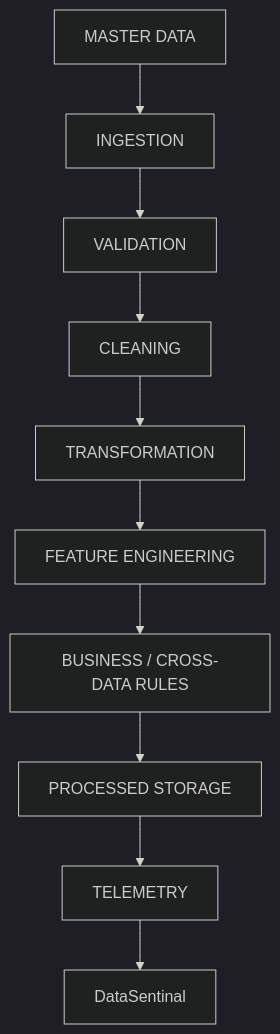
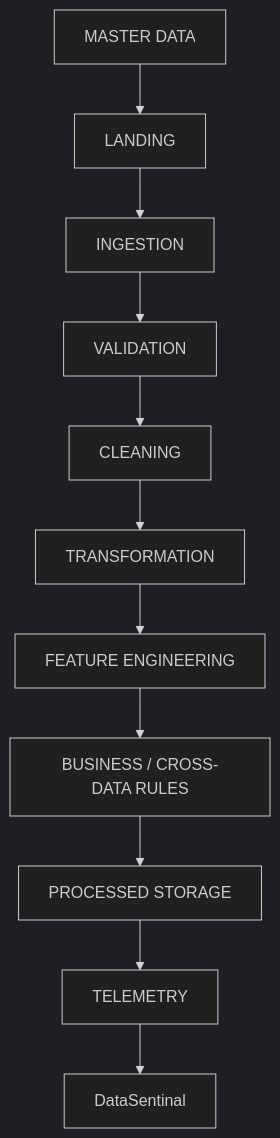
The diagram in .agents/knowledge/PIPELINE_DESIGN.md (Mr-Vicky-06/UC10_PipelineMonitor_DataSentinel), drawn with Mermaid (dark theme) before and after one commit. The commit also changed other lines of this file and 19 other files, not shown here.

Commit message:
feat(pipeline): add landing and ingestion layers

````diff
--- a/.agents/knowledge/PIPELINE_DESIGN.md
+++ b/.agents/knowledge/PIPELINE_DESIGN.md
@@ -17,12 +18,13 @@
 ```mermaid
 flowchart TD
-    MD[MASTER DATA] --> ING[INGESTION]
+    MD[MASTER DATA] --> LND[LANDING]
+    LND --> ING[INGESTION]
     ING --> VAL[VALIDATION]
     VAL --> CLN[CLEANING]
     CLN --> TRN[TRANSFORMATION]
     TRN --> FE[FEATURE ENGINEERING]
     FE --> BR[BUSINESS / CROSS-DATA RULES]
     BR --> PS[PROCESSED STORAGE]
     PS --> TEL[TELEMETRY]
     TEL --> DS[DataSentinal]
 ```
````
